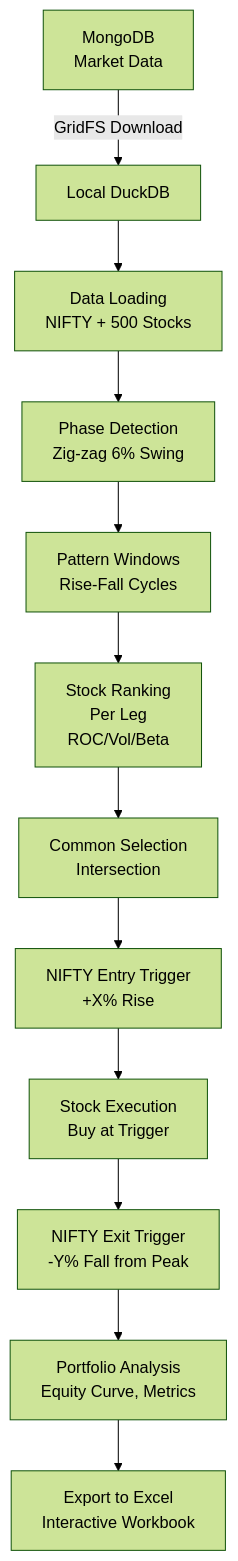
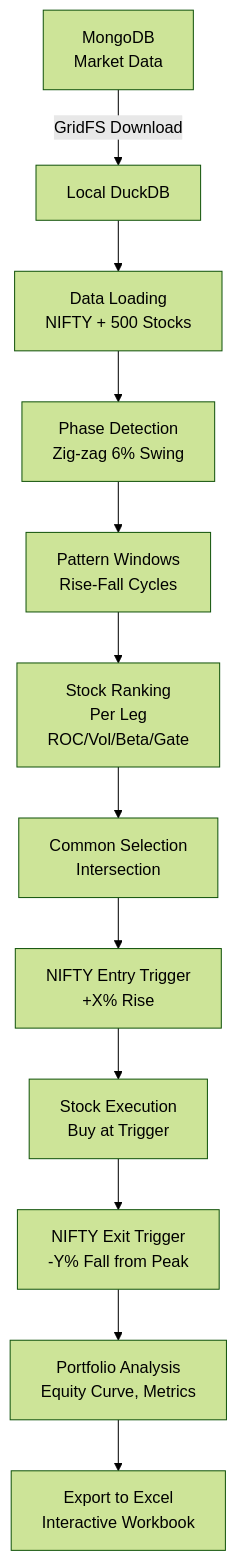
The first of 2 diagrams in README.md (Rishika0812/NJ-System), drawn with Mermaid (forest theme) before and after one commit. The commit also changed other lines of this file and 11 other files, not shown here.

````diff
--- a/README.md
+++ b/README.md
@@ -113,14 +179,14 @@
 ```mermaid
 flowchart TD
     A[MongoDB\nMarket Data] -->|GridFS Download| B[Local DuckDB]
     B --> C[Data Loading\nNIFTY + 500 Stocks]
     C --> D[Phase Detection\nZig-zag 6% Swing]
     D --> E[Pattern Windows\nRise-Fall Cycles]
-    E --> F[Stock Ranking\nPer Leg\nROC/Vol/Beta]
+    E --> F[Stock Ranking\nPer Leg\nROC/Vol/Beta/Gate]
     F --> G[Common Selection\nIntersection]
     G --> H[NIFTY Entry Trigger\n+X% Rise]
     H --> I[Stock Execution\nBuy at Trigger]
     I --> J[NIFTY Exit Trigger\n-Y% Fall from Peak]
     J --> K[Portfolio Analysis\nEquity Curve, Metrics]
     K --> L[Export to Excel\nInteractive Workbook]
 ```
````
